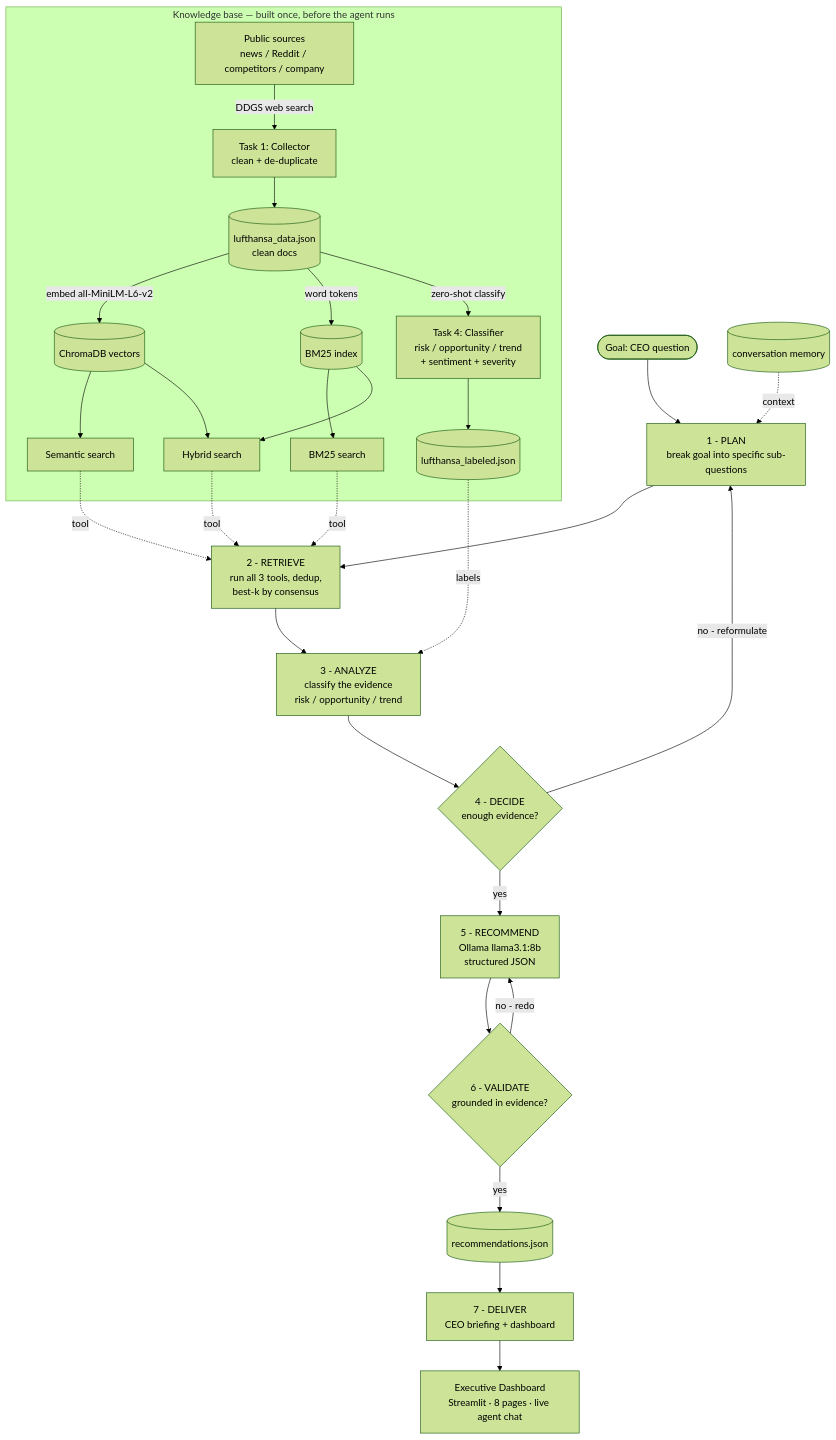
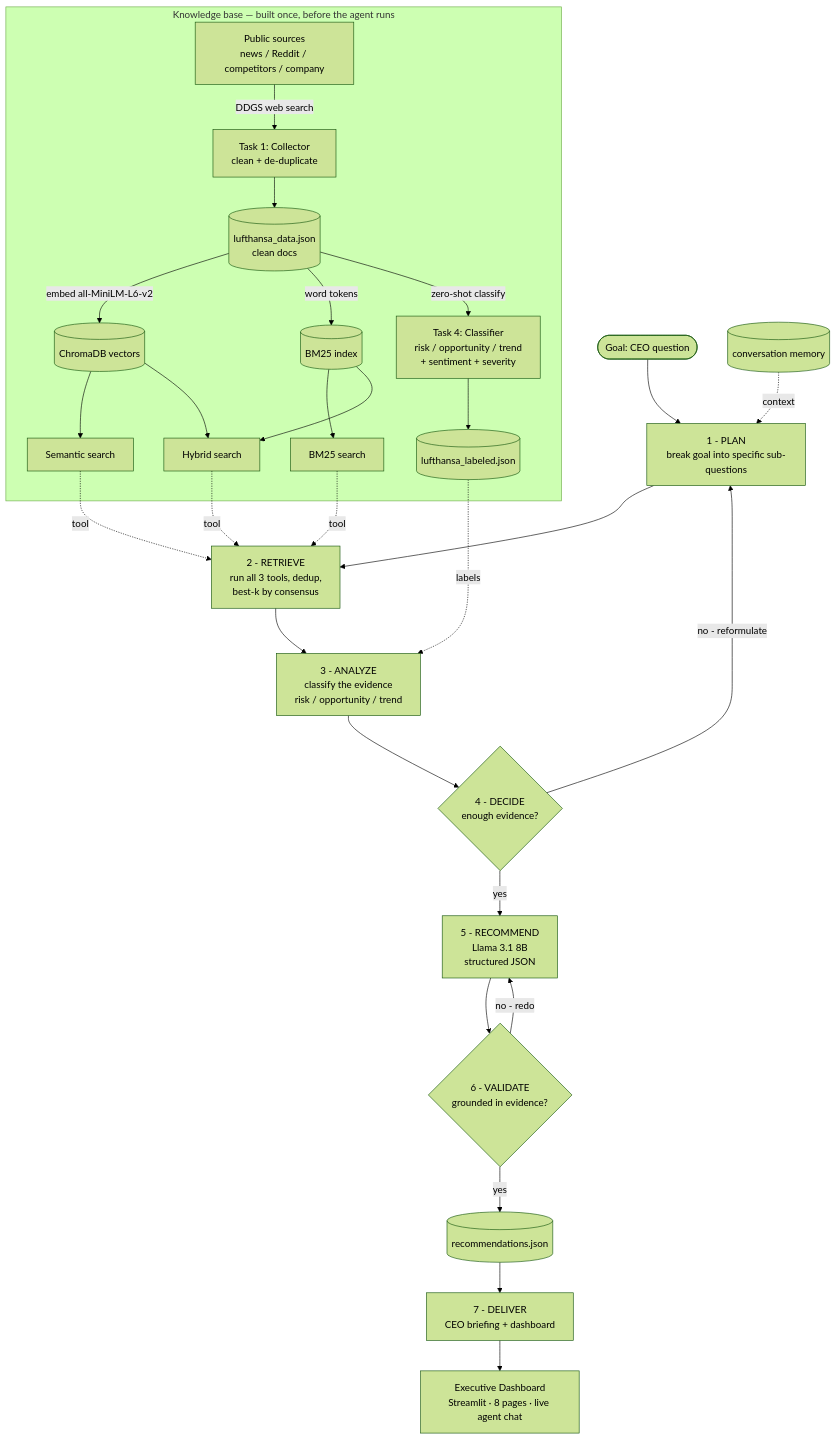
Before and after one commit to Nihalpujari/ML_Practice: the first of 3 diagrams in NLP/NLP Exam/AI CEO Strategic Intelligence Agent/README.md, drawn with Mermaid (forest theme). The commit also changed other lines of this file and 7 other files, not shown here.

````diff
--- a/NLP/NLP Exam/AI CEO Strategic Intelligence Agent/README.md
+++ b/NLP/NLP Exam/AI CEO Strategic Intelligence Agent/README.md
@@ -109,36 +100,36 @@
 ```mermaid
 flowchart TD
     %% ---- RUN TIME: the agent reads top-to-bottom, in order ----
     GOAL([Goal: CEO question]) --> PLAN[1 - PLAN<br/>break goal into specific sub-questions]
     PLAN --> RETR[2 - RETRIEVE<br/>run all 3 tools, dedup,<br/>best-k by consensus]
     RETR --> ANALYZE[3 - ANALYZE<br/>classify the evidence<br/>risk / opportunity / trend]
     ANALYZE --> DECIDE{4 - DECIDE<br/>enough evidence?}
     DECIDE -->|no - reformulate| PLAN
-    DECIDE -->|yes| RECOMMEND[5 - RECOMMEND<br/>Ollama llama3.1:8b<br/>structured JSON]
+    DECIDE -->|yes| RECOMMEND[5 - RECOMMEND<br/>Llama 3.1 8B<br/>structured JSON]
     RECOMMEND --> VALIDATE{6 - VALIDATE<br/>grounded in evidence?}
     VALIDATE -->|no - redo| RECOMMEND
     VALIDATE -->|yes| RECS[(recommendations.json)]
     RECS --> BRIEF[7 - DELIVER<br/>CEO briefing + dashboard]
     BRIEF --> DASH[Executive Dashboard<br/>Streamlit · 8 pages · live agent chat]
 
     %% ---- BUILD TIME: knowledge base, built once BEFORE the agent runs ----
     subgraph KB[Knowledge base — built once, before the agent runs]
         SOURCES[Public sources<br/>news / Reddit / competitors / company] -->|DDGS web search| COLLECT[Task 1: Collector<br/>clean + de-duplicate]
         COLLECT --> JSON[(lufthansa_data.json<br/>clean docs)]
         JSON -->|embed all-MiniLM-L6-v2| CHROMA[(ChromaDB vectors)]
         JSON -->|word tokens| BM25IDX[(BM25 index)]
         JSON -->|zero-shot classify| INTEL[Task 4: Classifier<br/>risk / opportunity / trend<br/>+ sentiment + severity]
         INTEL --> LABELED[(lufthansa_labeled.json)]
         CHROMA --> SEM[Semantic search]
         CHROMA --> HYB[Hybrid search]
         BM25IDX --> BM[BM25 search]
         BM25IDX --> HYB
     end
 
     %% ---- the build feeds the agent: 3 retrieval tools + labels + memory ----
     SEM -. tool .-> RETR
     BM  -. tool .-> RETR
     HYB -. tool .-> RETR
     LABELED -. labels .-> ANALYZE
     MEM[(conversation memory)] -. context .-> PLAN
 ```
````
